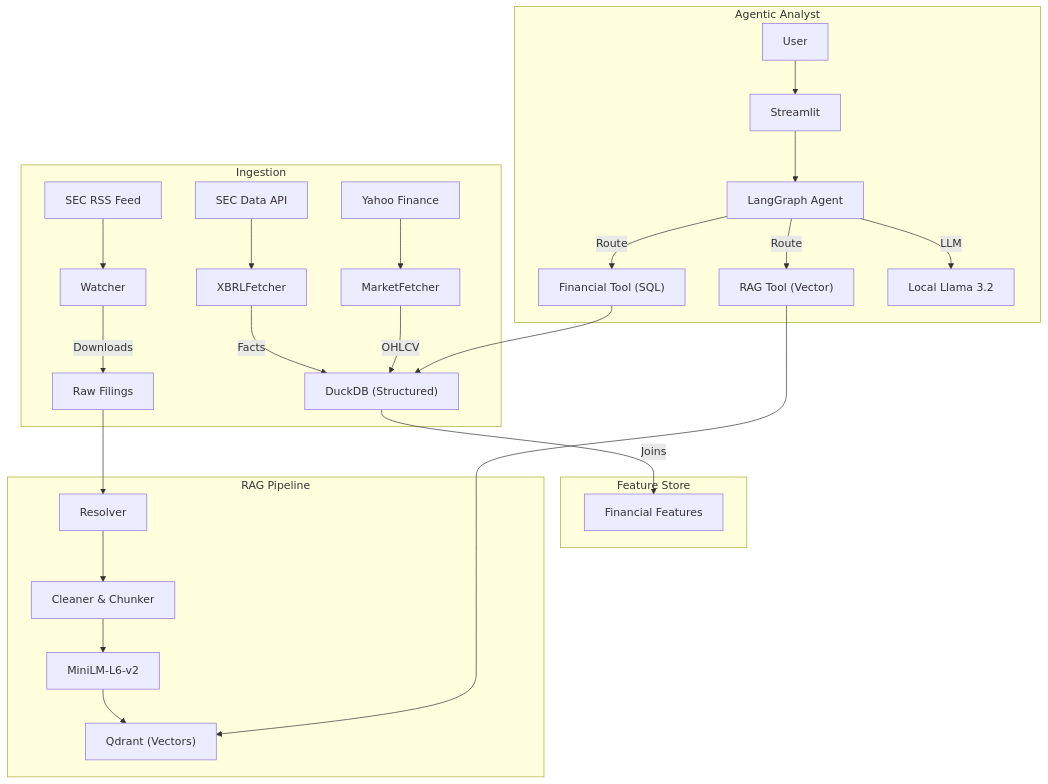
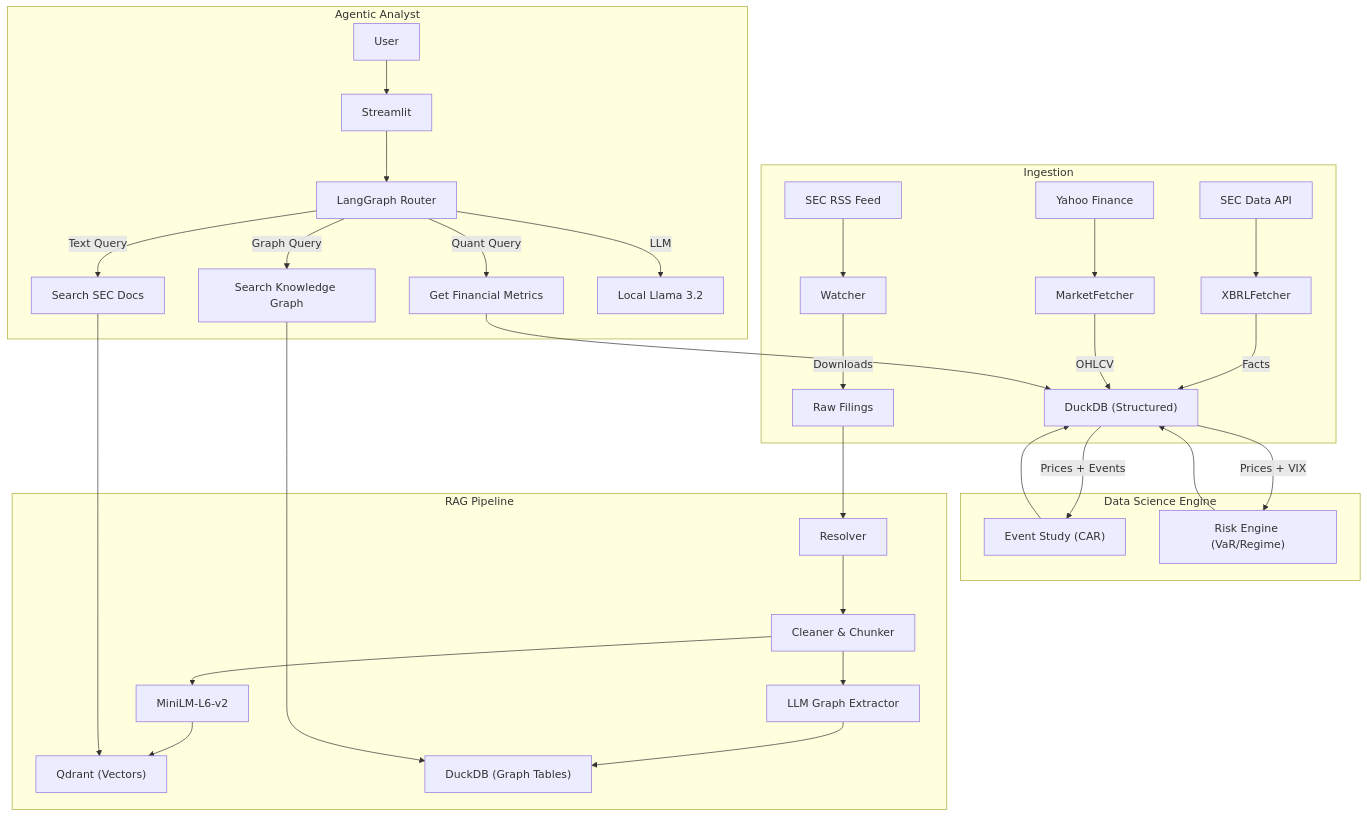
The diagram in README.md (kaushikkumarkr/EDGAR-AlphaOps), drawn with Mermaid before and after one commit. The commit also changed other lines of this file and 4 other files, not shown here.

````diff
--- a/README.md
+++ b/README.md
@@ -10,32 +10,39 @@
 ```mermaid
 graph TD
     subgraph Ingestion
         RSS["SEC RSS Feed"] --> Watcher
         API["SEC Data API"] --> XBRLFetcher
         YF["Yahoo Finance"] --> MarketFetcher
         Watcher -->|Downloads| HTML["Raw Filings"]
         XBRLFetcher -->|Facts| SQL["DuckDB (Structured)"]
         MarketFetcher -->|OHLCV| SQL
     end
 
-    subgraph "Feature Store"
-        SQL -->|Joins| Features["Financial Features"]
+    subgraph "Data Science Engine"
+        SQL -->|Prices + Events| EventStudy["Event Study (CAR)"]
+        SQL -->|Prices + VIX| RiskModel["Risk Engine (VaR/Regime)"]
+        EventStudy --> SQL
+        RiskModel --> SQL
     end
 
     subgraph "RAG Pipeline"
         HTML --> Resolver
         Resolver --> Processor["Cleaner & Chunker"]
         Processor --> Embedder["MiniLM-L6-v2"]
+        Processor --> GraphExtractor["LLM Graph Extractor"]
         Embedder --> Vector["Qdrant (Vectors)"]
+        GraphExtractor --> Graph["DuckDB (Graph Tables)"]
     end
 
     subgraph "Agentic Analyst"
         User --> Streamlit
-        Streamlit --> Agent["LangGraph Agent"]
-        Agent -->|Route| Tool1["Financial Tool (SQL)"]
-        Agent -->|Route| Tool2["RAG Tool (Vector)"]
-        Tool1 --> SQL
-        Tool2 --> Vector
+        Streamlit --> Agent["LangGraph Router"]
+        Agent -->|Text Query| ToolVector["Search SEC Docs"]
+        Agent -->|Graph Query| ToolGraph["Search Knowledge Graph"]
+        Agent -->|Quant Query| ToolDS["Get Financial Metrics"]
+        ToolVector --> Vector
+        ToolGraph --> Graph
+        ToolDS --> SQL
         Agent -->|LLM| MLX["Local Llama 3.2"]
     end
 ```
````
